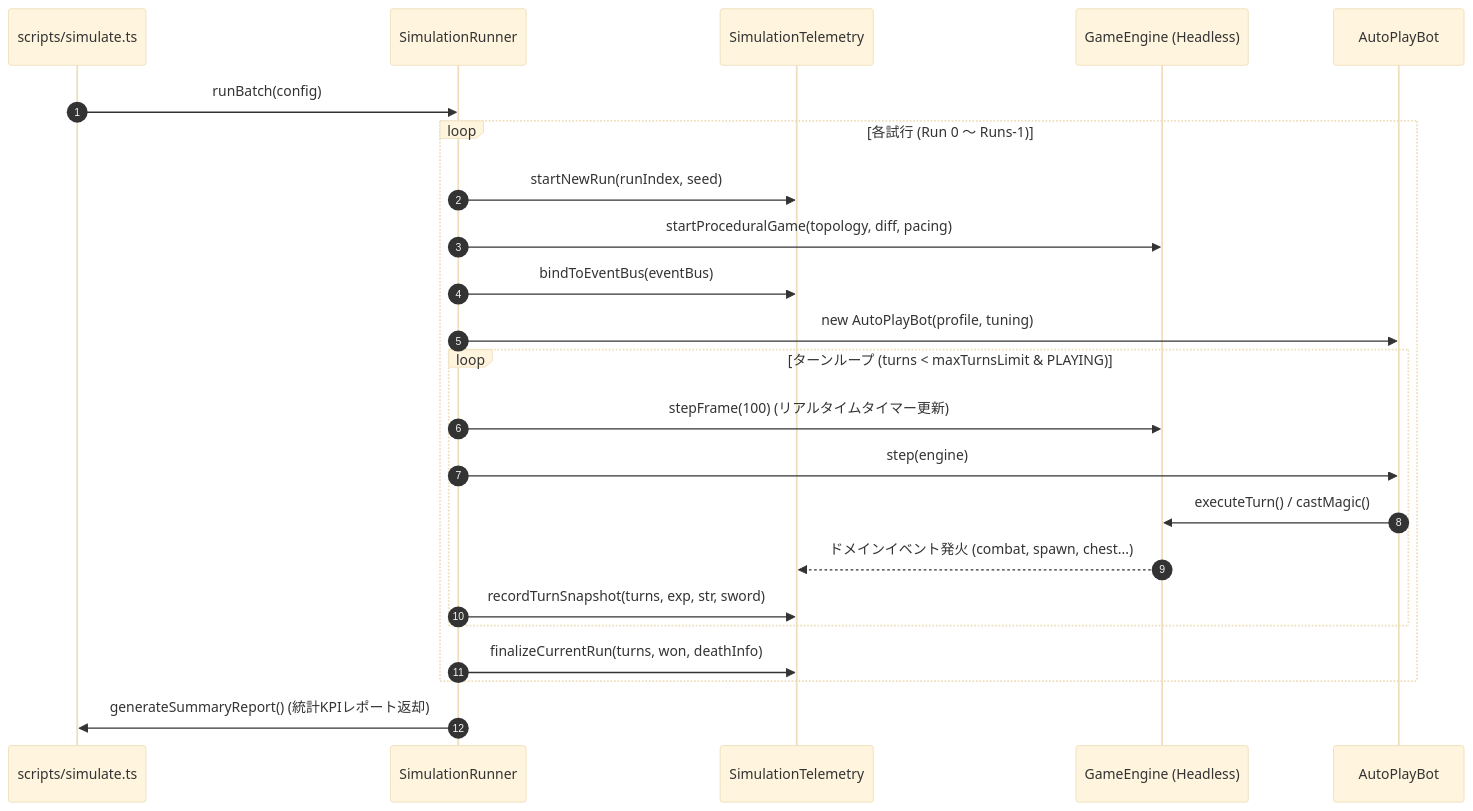
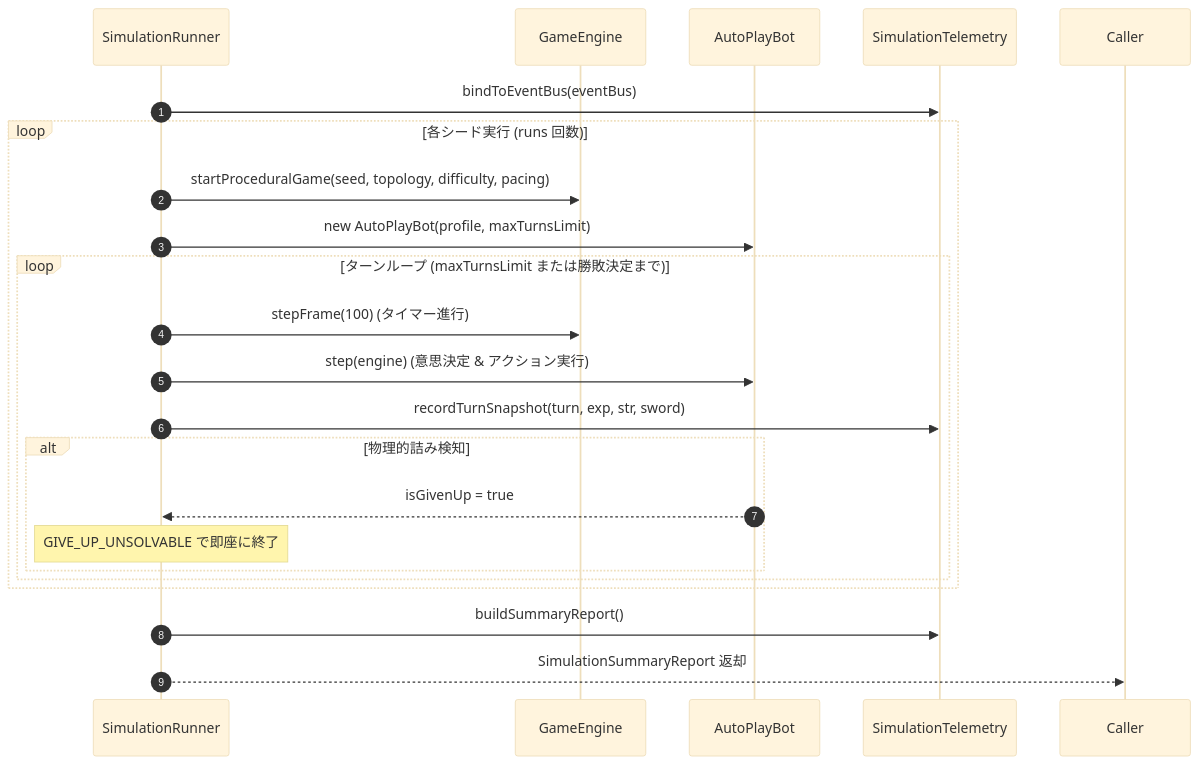
The third of 3 diagrams in docs/autoplay_and_simulation_spec.md (e3sh/ds1), drawn with Mermaid (base theme) before and after one commit. The commit also changed other lines of this file and 54 other files, not shown here.

Commit message:
Refactor AutoPlayBot: Promote v2 to primary AI, clean up legacy v1 files and update documentation

````diff
--- a/docs/autoplay_and_simulation_spec.md
+++ b/docs/autoplay_and_simulation_spec.md
@@ -293,28 +175,25 @@
 ```mermaid
 sequenceDiagram
     autonumber
-    participant CLI as scripts/simulate.ts
     participant Runner as SimulationRunner
+    participant Engine as GameEngine
+    participant Bot as AutoPlayBot
     participant Telemetry as SimulationTelemetry
-    participant Engine as GameEngine (Headless)
-    participant Bot as AutoPlayBot
 
-    CLI->>Runner: runBatch(config)
-    loop 各試行 (Run 0 〜 Runs-1)
-        Runner->>Telemetry: startNewRun(runIndex, seed)
-        Runner->>Engine: startProceduralGame(topology, diff, pacing)
-        Runner->>Telemetry: bindToEventBus(eventBus)
-        Runner->>Bot: new AutoPlayBot(profile, tuning)
-
-        loop ターンループ (turns < maxTurnsLimit & PLAYING)
-            Runner->>Engine: stepFrame(100) (リアルタイムタイマー更新)
-            Runner->>Bot: step(engine)
-            Bot->>Engine: executeTurn() / castMagic()
-            Engine-->>Telemetry: ドメインイベント発火 (combat, spawn, chest...)
-            Runner->>Telemetry: recordTurnSnapshot(turns, exp, str, sword)
+    Runner->>Telemetry: bindToEventBus(eventBus)
+    loop 各シード実行 (runs 回数)
+        Runner->>Engine: startProceduralGame(seed, topology, difficulty, pacing)
+        Runner->>Bot: new AutoPlayBot(profile, maxTurnsLimit)
+        loop ターンループ (maxTurnsLimit または勝敗決定まで)
+            Runner->>Engine: stepFrame(100) (タイマー進行)
+            Runner->>Bot: step(engine) (意思決定 & アクション実行)
+            Runner->>Telemetry: recordTurnSnapshot(turn, exp, str, sword)
+            alt 物理的詰み検知
+                Bot-->>Runner: isGivenUp = true
+                Note over Runner: GIVE_UP_UNSOLVABLE で即座に終了
+            end
         end
-
-        Runner->>Telemetry: finalizeCurrentRun(turns, won, deathInfo)
     end
-    Runner->>CLI: generateSummaryReport() (統計KPIレポート返却)
+    Runner->>Telemetry: buildSummaryReport()
+    Runner-->>Caller: SimulationSummaryReport 返却
 ```
````
